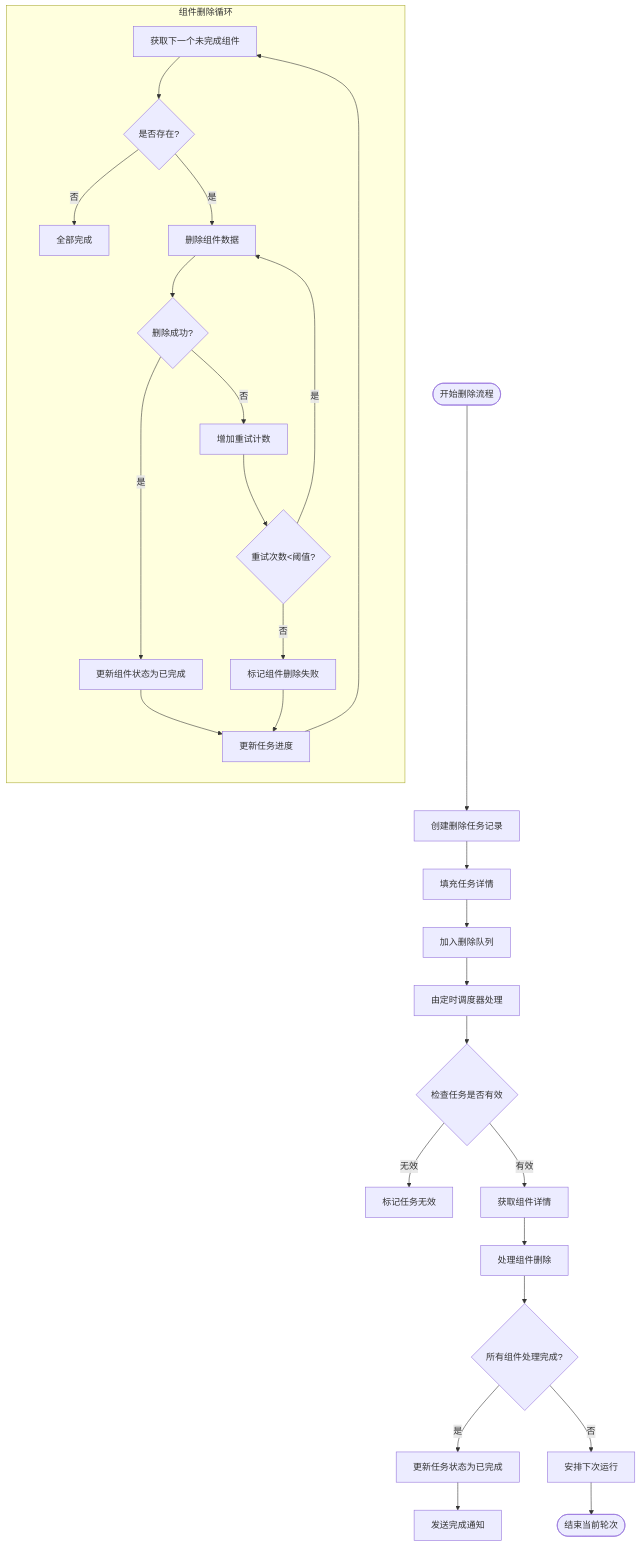
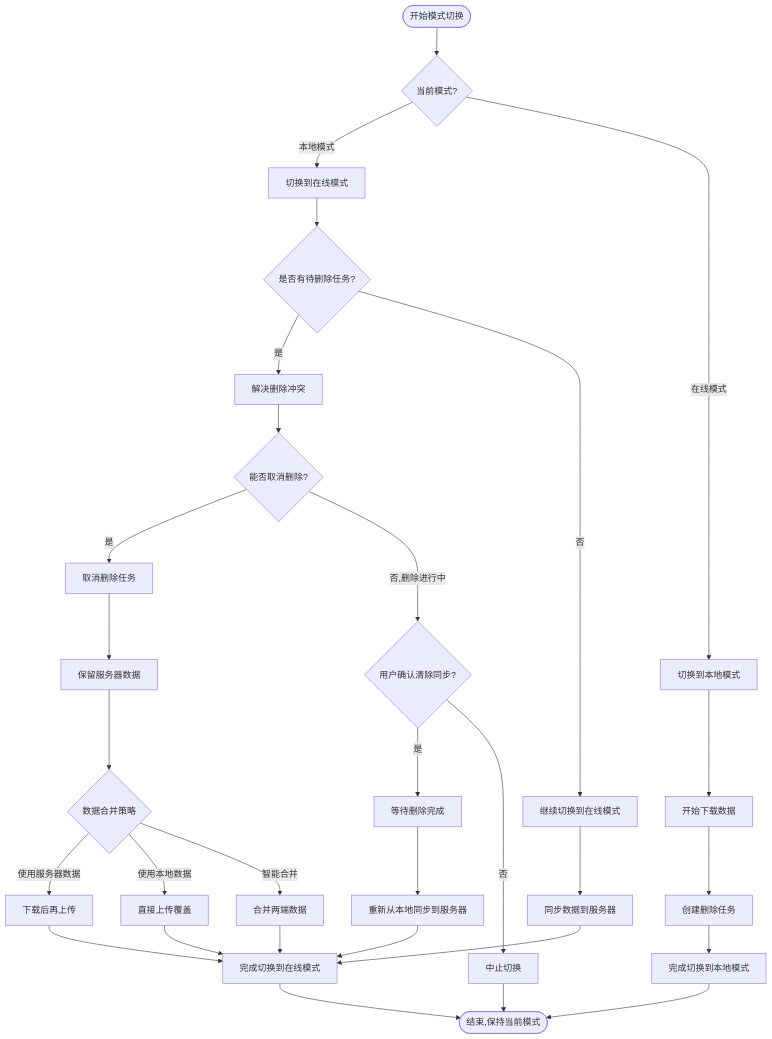
The diagram in all/未命名-51.md (yingjianzh/iodraw-files), drawn with Mermaid before and after one commit.

Commit message:
2025-05-08 13:49:05 update

````diff
--- a/all/未命名-51.md
+++ b/all/未命名-51.md
@@ -1,37 +1,45 @@
 ```mermaid
 flowchart TD
-    Start([开始删除流程]) --> CreateDeletionTask[创建删除任务记录]
-    CreateDeletionTask --> PopulateTaskDetails[填充任务详情]
-    PopulateTaskDetails --> QueueForDeletion[加入删除队列]
+    StartSwitch([开始模式切换]) --> CheckCurrentMode{当前模式?}
     
-    QueueForDeletion --> ProcessByScheduler[由定时调度器处理]
+    CheckCurrentMode -->|本地模式| SwitchToOnline[切换到在线模式]
+    CheckCurrentMode -->|在线模式| SwitchToLocal[切换到本地模式]
     
-    ProcessByScheduler --> CheckTaskValidity{检查任务是否有效}
-    CheckTaskValidity -->|无效| MarkInvalid[标记任务无效]
-    CheckTaskValidity -->|有效| FetchComponents[获取组件详情]
+    SwitchToOnline --> CheckPendingDeletion{是否有待删除任务?}
     
-    FetchComponents --> ProcessComponents[处理组件删除]
+    CheckPendingDeletion -->|是| ResolveDeletionConflict[解决删除冲突]
+    CheckPendingDeletion -->|否| ProceedToOnline[继续切换到在线模式]
     
-    subgraph ComponentDeletion [组件删除循环]
-        direction TB
-        PC1[获取下一个未完成组件] --> PC2{是否存在?}
-        PC2 -->|否| AllComplete[全部完成]
-        PC2 -->|是| PC3[删除组件数据]
-        PC3 --> PC4{删除成功?}
-        PC4 -->|是| PC5[更新组件状态为已完成]
-        PC4 -->|否| PC6[增加重试计数]
-        PC6 --> PC7{重试次数<阈值?}
-        PC7 -->|是| PC3
-        PC7 -->|否| PC8[标记组件删除失败]
-        PC5 --> PC9[更新任务进度]
-        PC8 --> PC9
-        PC9 --> PC1
-    end
+    ResolveDeletionConflict --> CanCancelDeletion{能否取消删除?}
     
-    ProcessComponents --> CheckCompletion{所有组件处理完成?}
-    CheckCompletion -->|是| UpdateTaskStatus[更新任务状态为已完成]
-    CheckCompletion -->|否| ScheduleNextRun[安排下次运行]
+    CanCancelDeletion -->|是| CancelDeletionTask[取消删除任务]
+    CanCancelDeletion -->|否,删除进行中| ConfirmCleanSync{用户确认清除同步?}
     
-    UpdateTaskStatus --> SendNotification[发送完成通知]
-    ScheduleNextRun --> End([结束当前轮次])
+    ConfirmCleanSync -->|是| WaitForDeletion[等待删除完成]
+    ConfirmCleanSync -->|否| AbortSwitch[中止切换]
+    
+    WaitForDeletion --> RestartSync[重新从本地同步到服务器]
+    CancelDeletionTask --> KeepServerData[保留服务器数据]
+    
+    KeepServerData --> MergeStrategy{数据合并策略}
+    
+    MergeStrategy -->|使用服务器数据| DownloadThenUpload[下载后再上传]
+    MergeStrategy -->|使用本地数据| UploadDirectly[直接上传覆盖]
+    MergeStrategy -->|智能合并| MergeData[合并两端数据]
+    
+    DownloadThenUpload --> CompleteSwitchToOnline[完成切换到在线模式]
+    UploadDirectly --> CompleteSwitchToOnline
+    MergeData --> CompleteSwitchToOnline
+    
+    ProceedToOnline --> SyncToServer[同步数据到服务器]
+    SyncToServer --> CompleteSwitchToOnline
+    
+    SwitchToLocal --> InitiateDownload[开始下载数据]
+    InitiateDownload --> CreateDeletionTask[创建删除任务]
+    CreateDeletionTask --> CompleteSwitch[完成切换到本地模式]
+    
+    RestartSync --> CompleteSwitchToOnline
+    AbortSwitch --> End([结束,保持当前模式])
+    CompleteSwitchToOnline --> End
+    CompleteSwitch --> End
 ```
````
